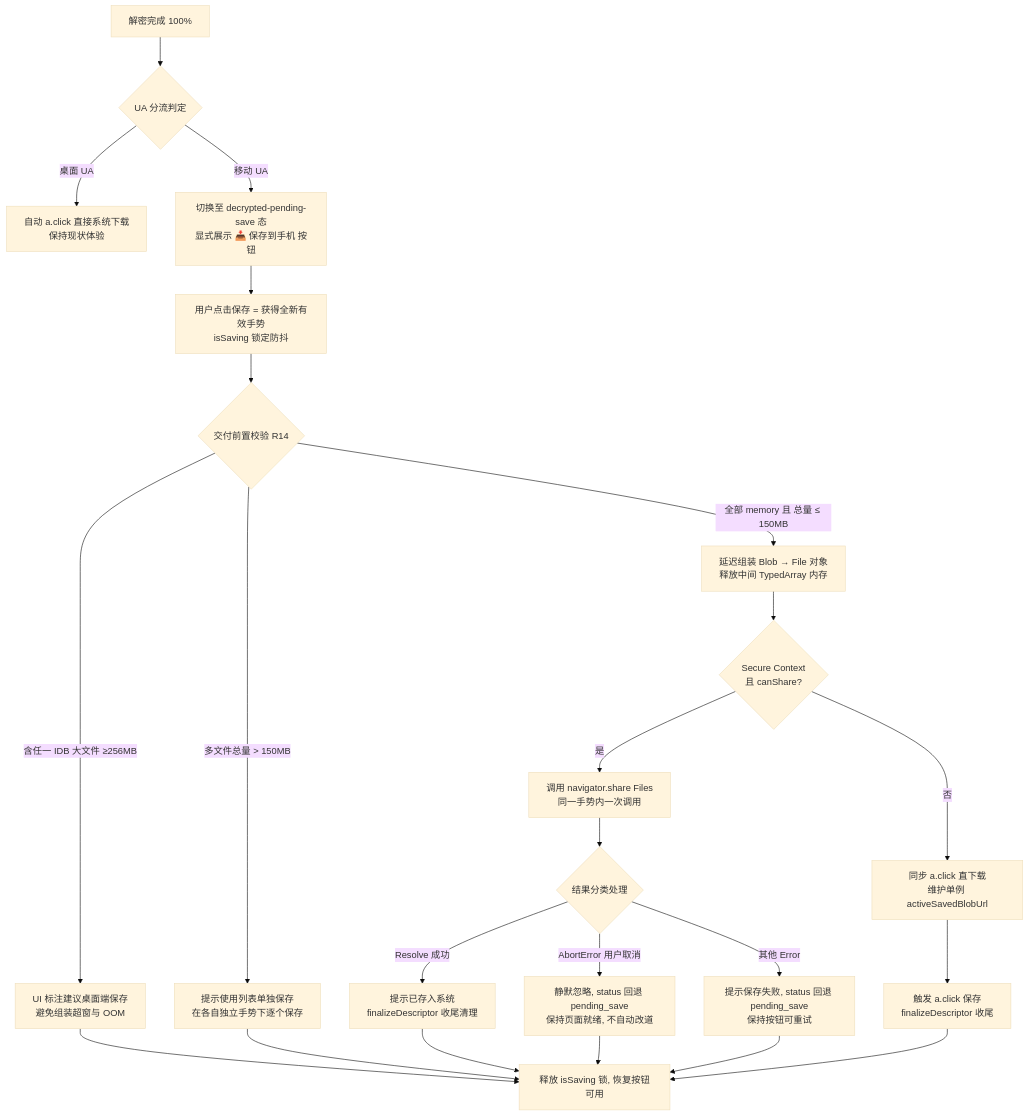
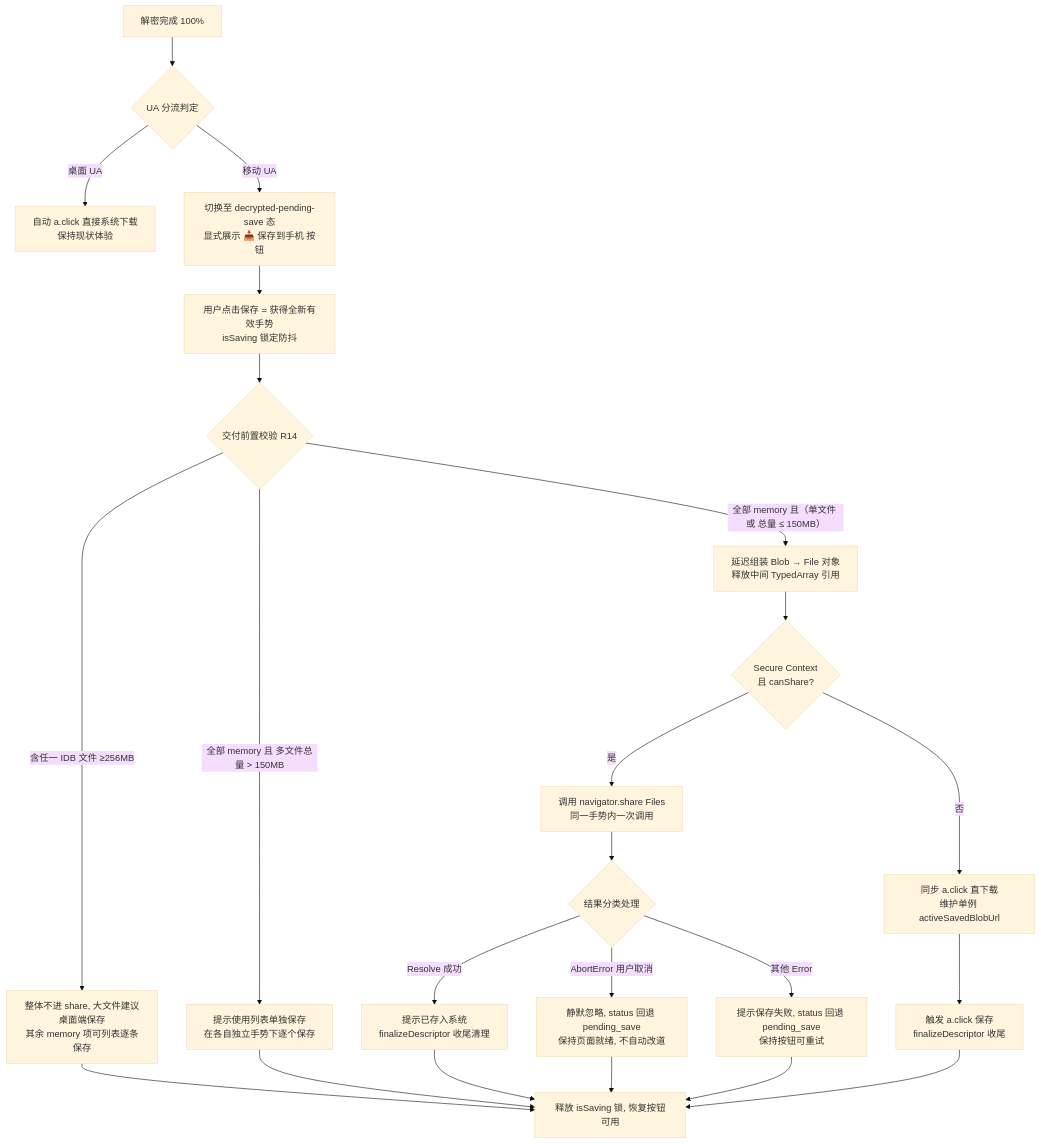
One commit to forpersuit/eqrcp changed the diagram in docs/plan/mobile-e2ee-download-save-design.md. Above: the diagram before and after it, drawn with Mermaid (base theme). The commit also changed other lines of this file, not shown here.

````diff
--- a/docs/plan/mobile-e2ee-download-save-design.md
+++ b/docs/plan/mobile-e2ee-download-save-design.md
@@ -78,31 +80,31 @@
 ```mermaid
 graph TD
     A[解密完成 100%] --> B{UA 分流判定}
     B -->|桌面 UA| C[自动 a.click 直接系统下载<br/>保持现状体验]
     B -->|移动 UA| D[切换至 decrypted-pending-save 态<br/>显式展示 📥 保存到手机 按钮]
     
     D --> E[用户点击保存 = 获得全新有效手势<br/>isSaving 锁定防抖]
     E --> F{交付前置校验 R14}
     
-    F -->|含任一 IDB 大文件 ≥256MB| H1[UI 标注建议桌面端保存<br/>避免组装超窗与 OOM]
-    F -->|多文件总量 > 150MB| H2[提示使用列表单独保存<br/>在各自独立手势下逐个保存]
-    F -->|全部 memory 且 总量 ≤ 150MB| G[延迟组装 Blob → File 对象<br/>释放中间 TypedArray 内存]
+    F -->|含任一 IDB 文件 ≥256MB| H1[整体不进 share, 大文件建议桌面端保存<br/>其余 memory 项可列表逐条保存]
+    F -->|全部 memory 且 多文件总量 > 150MB| H2[提示使用列表单独保存<br/>在各自独立手势下逐个保存]
+    F -->|全部 memory 且（单文件 或 总量 ≤ 150MB）| G[延迟组装 Blob → File 对象<br/>释放中间 TypedArray 引用]
     
     G --> I{Secure Context<br/>且 canShare?}
     I -->|是| J[调用 navigator.share Files<br/>同一手势内一次调用]
     I -->|否| K[同步 a.click 直下载<br/>维护单例 activeSavedBlobUrl]
     
     J --> L{结果分类处理}
     L -->|Resolve 成功| M[提示已存入系统<br/>finalizeDescriptor 收尾清理]
     L -->|AbortError 用户取消| N[静默忽略, status 回退 pending_save<br/>保持页面就绪, 不自动改道]
     L -->|其他 Error| S[提示保存失败, status 回退 pending_save<br/>保持按钮可重试]
     
     K --> O[触发 a.click 保存<br/>finalizeDescriptor 收尾]
     
     M --> P[释放 isSaving 锁, 恢复按钮可用]
     N --> P
     O --> P
     S --> P
     H1 --> P
     H2 --> P
 ```
````
